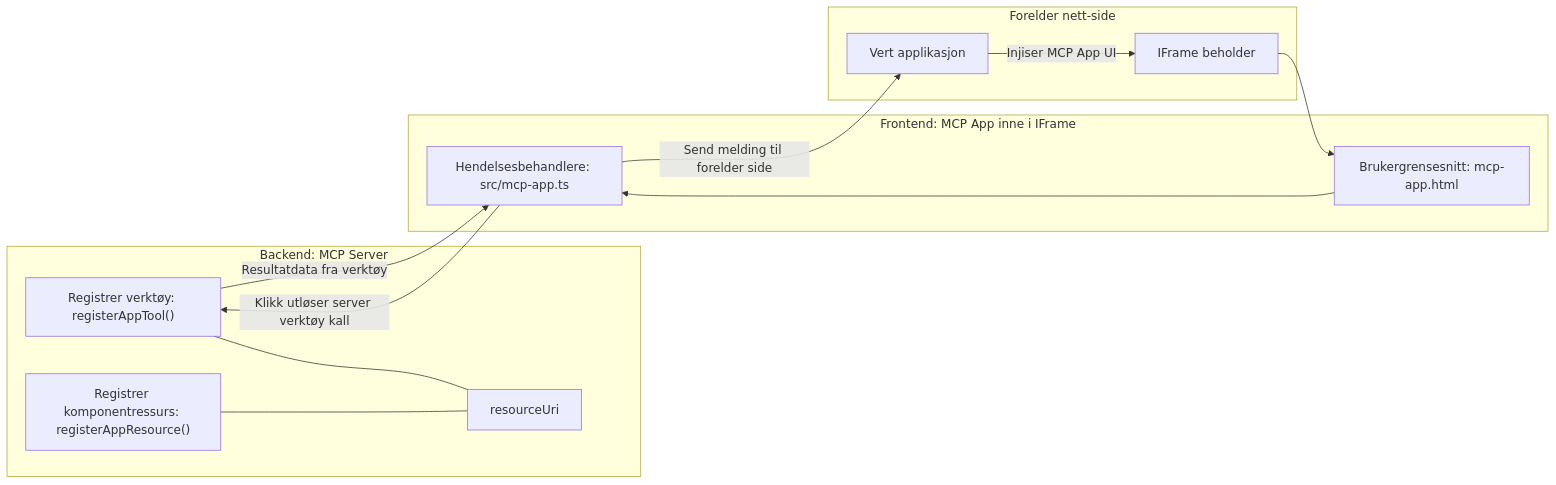
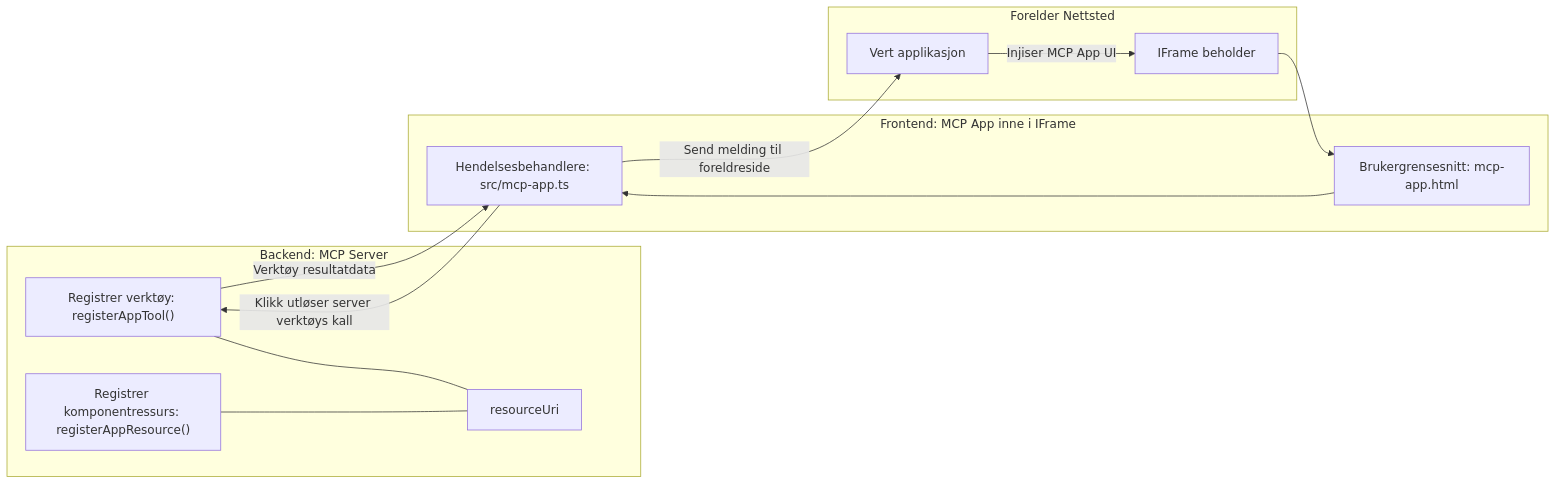
One commit to HIDORAKAI002/ai-workspace-archive changed the diagram in mcp_ecosystem__model_context_protocol/mcp_learning_resources/mcp-for-beginners/translations/no/03-GettingStarted/15-mcp-apps/README.md. Above: the diagram before and after it, drawn with Mermaid. The commit also changed other lines of this file and 1160 other files, not shown here.

````diff
--- a/mcp_ecosystem__model_context_protocol/mcp_learning_resources/mcp-for-beginners/translations/no/03-GettingStarted/15-mcp-apps/README.md
+++ b/mcp_ecosystem__model_context_protocol/mcp_learning_resources/mcp-for-beginners/translations/no/03-GettingStarted/15-mcp-apps/README.md
@@ -32,27 +32,27 @@
 ```mermaid
 flowchart LR
   subgraph Backend[Backend: MCP Server]
     T["Registrer verktøy: registerAppTool()"]
     C["Registrer komponentressurs: registerAppResource()"]
     U[resourceUri]
     T --- U
     C --- U
   end
 
-  subgraph Parent[Forelder nett-side]
+  subgraph Parent[Forelder Nettsted]
     H[Vert applikasjon]
     IFRAME[IFrame beholder]
     H -->|Injiser MCP App UI| IFRAME
   end
 
   subgraph Frontend[Frontend: MCP App inne i IFrame]
     UI["Brukergrensesnitt: mcp-app.html"]
     EH["Hendelsesbehandlere: src/mcp-app.ts"]
     UI --> EH
   end
 
   IFRAME --> UI
-  EH -->|Klikk utløser server verktøy kall| T
-  T -->|Resultatdata fra verktøy| EH
-  EH -->|Send melding til forelder side| H
+  EH -->|Klikk utløser server verktøys kall| T
+  T -->|Verktøy resultatdata| EH
+  EH -->|Send melding til foreldreside| H
 ```  
````
